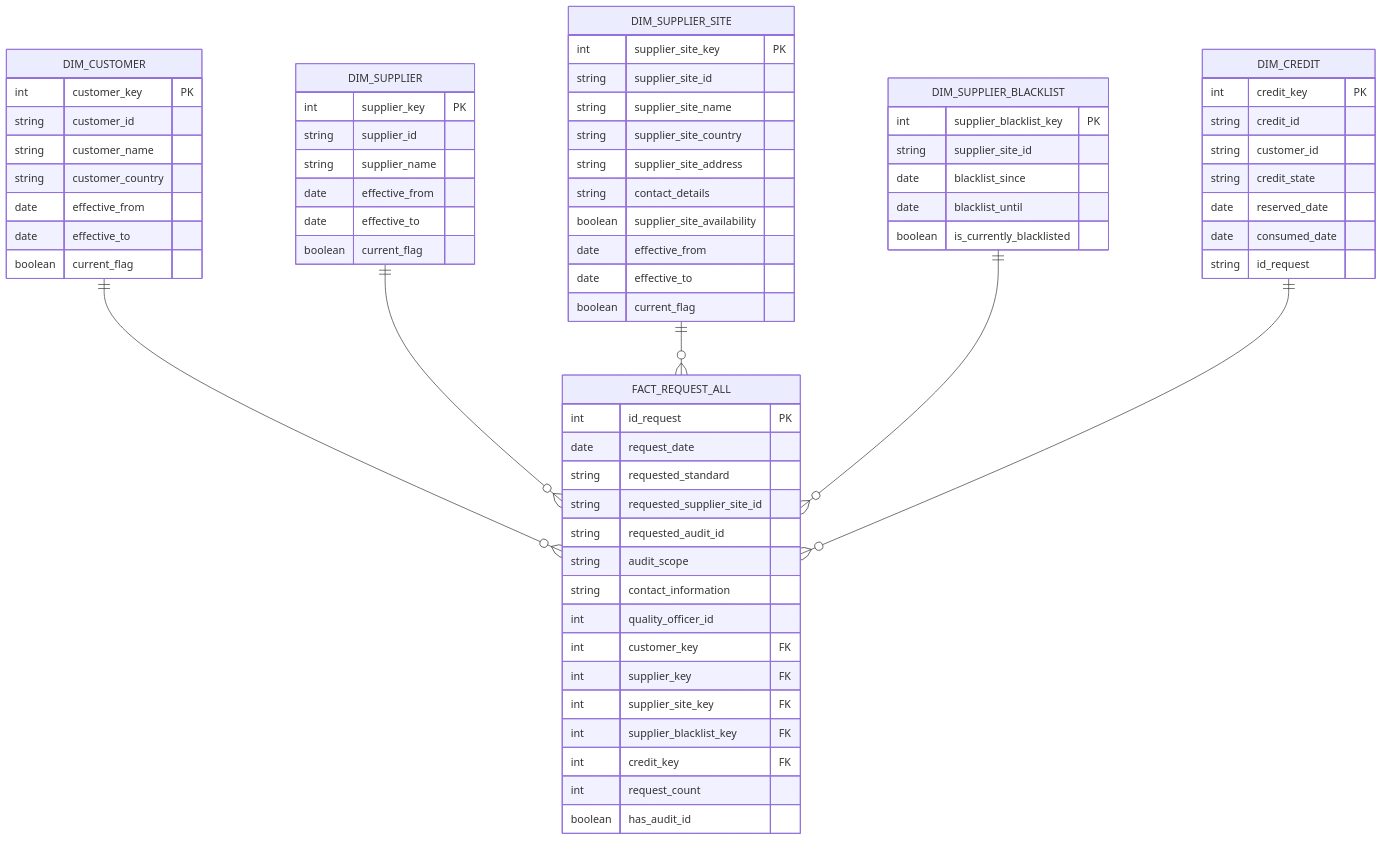
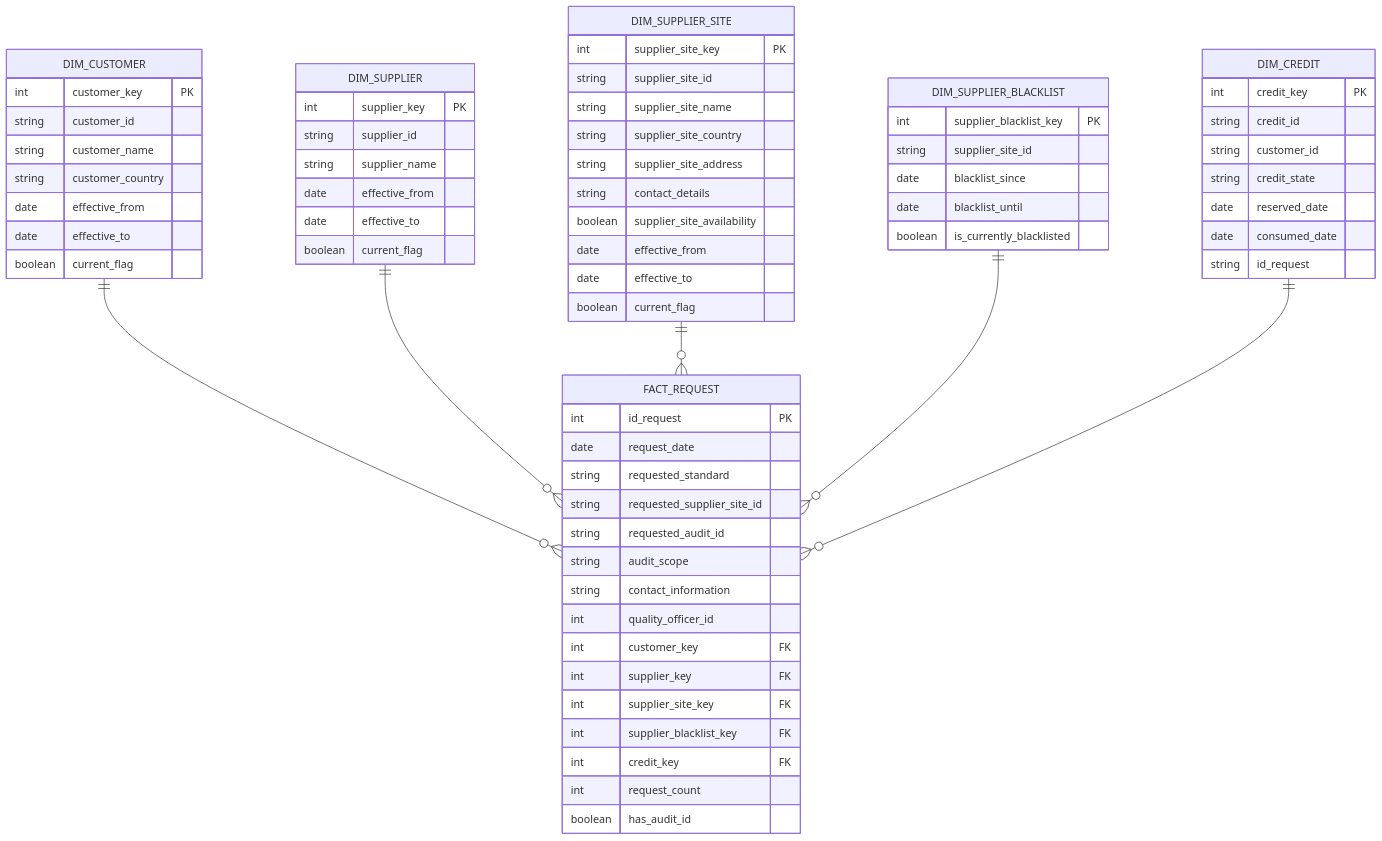
Before and after one commit to cyberinsightsai/qualifyze: the diagram in documentation/annex/olap.md, drawn with Mermaid. The commit also changed 2 other files, not shown here.

Commit message:
rename fact_requests

````diff
--- a/documentation/annex/olap.md
+++ b/documentation/annex/olap.md
@@ -4,80 +4,80 @@
 ```mermaid
 erDiagram
     %% Big Fact table
-    FACT_REQUEST_ALL {
+    FACT_REQUEST {
         int id_request PK
         date request_date
         string requested_standard
         string requested_supplier_site_id
         string requested_audit_id
         string audit_scope
         string contact_information
         int quality_officer_id
         int customer_key FK
         int supplier_key FK
         int supplier_site_key FK
         int supplier_blacklist_key FK
         int credit_key FK
         int request_count
         boolean has_audit_id
     }
 
     %% Dimensions
     DIM_CUSTOMER {
         int customer_key PK
         string customer_id
         string customer_name
         string customer_country
         date effective_from
         date effective_to
         boolean current_flag
     }
 
     DIM_SUPPLIER {
         int supplier_key PK
         string supplier_id
         string supplier_name
         date effective_from
         date effective_to
         boolean current_flag
     }
 
     DIM_SUPPLIER_SITE {
         int supplier_site_key PK
         string supplier_site_id
         string supplier_site_name
         string supplier_site_country
         string supplier_site_address
         string contact_details
         boolean supplier_site_availability
         date effective_from
         date effective_to
         boolean current_flag
     }
 
     DIM_SUPPLIER_BLACKLIST {
         int supplier_blacklist_key PK
         string supplier_site_id
         date blacklist_since
         date blacklist_until
         boolean is_currently_blacklisted
     }
 
     DIM_CREDIT {
         int credit_key PK
         string credit_id
         string customer_id
         string credit_state
         date reserved_date
         date consumed_date
         string id_request
     }
 
     %% Relationships
-    DIM_CUSTOMER ||--o{ FACT_REQUEST_ALL : ""
-    DIM_SUPPLIER ||--o{ FACT_REQUEST_ALL : ""
-    DIM_SUPPLIER_SITE ||--o{ FACT_REQUEST_ALL : ""
-    DIM_SUPPLIER_BLACKLIST ||--o{ FACT_REQUEST_ALL : ""
-    DIM_CREDIT ||--o{ FACT_REQUEST_ALL : ""
+    DIM_CUSTOMER ||--o{ FACT_REQUEST : ""
+    DIM_SUPPLIER ||--o{ FACT_REQUEST : ""
+    DIM_SUPPLIER_SITE ||--o{ FACT_REQUEST : ""
+    DIM_SUPPLIER_BLACKLIST ||--o{ FACT_REQUEST : ""
+    DIM_CREDIT ||--o{ FACT_REQUEST : ""
 
 ```
````
